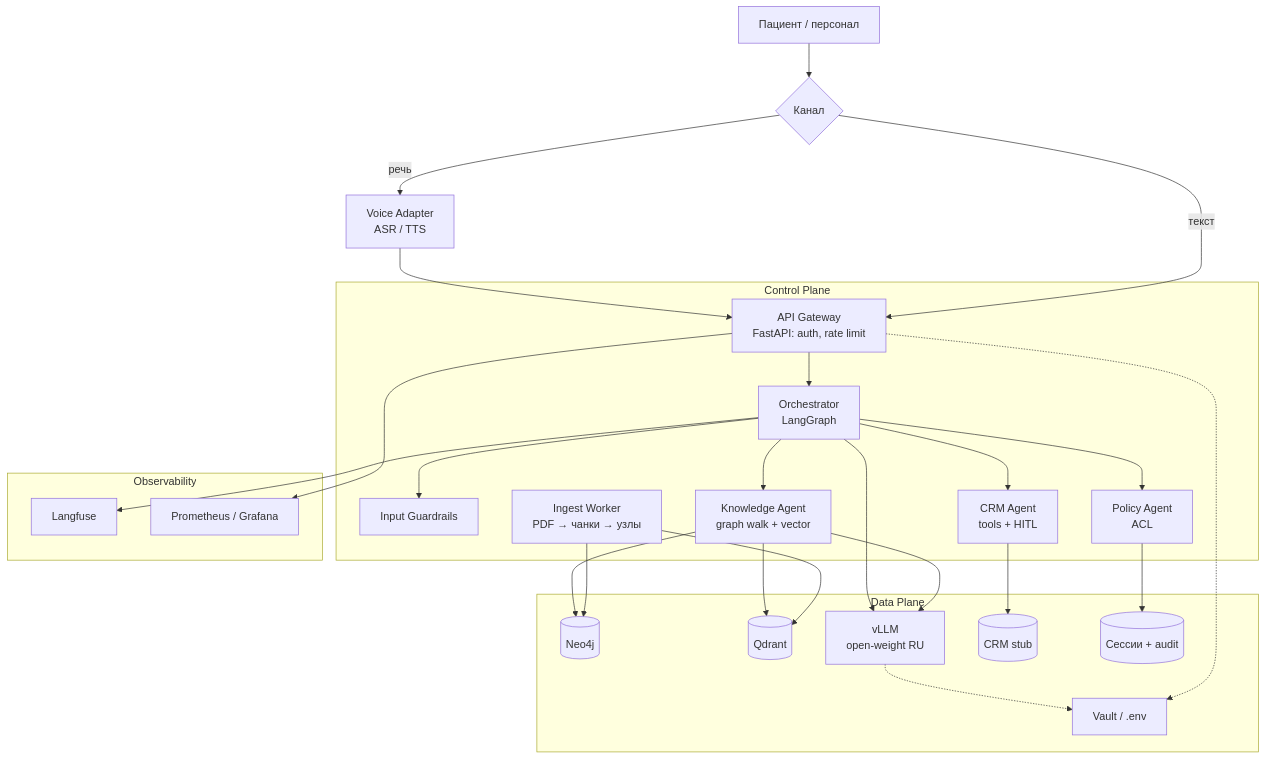
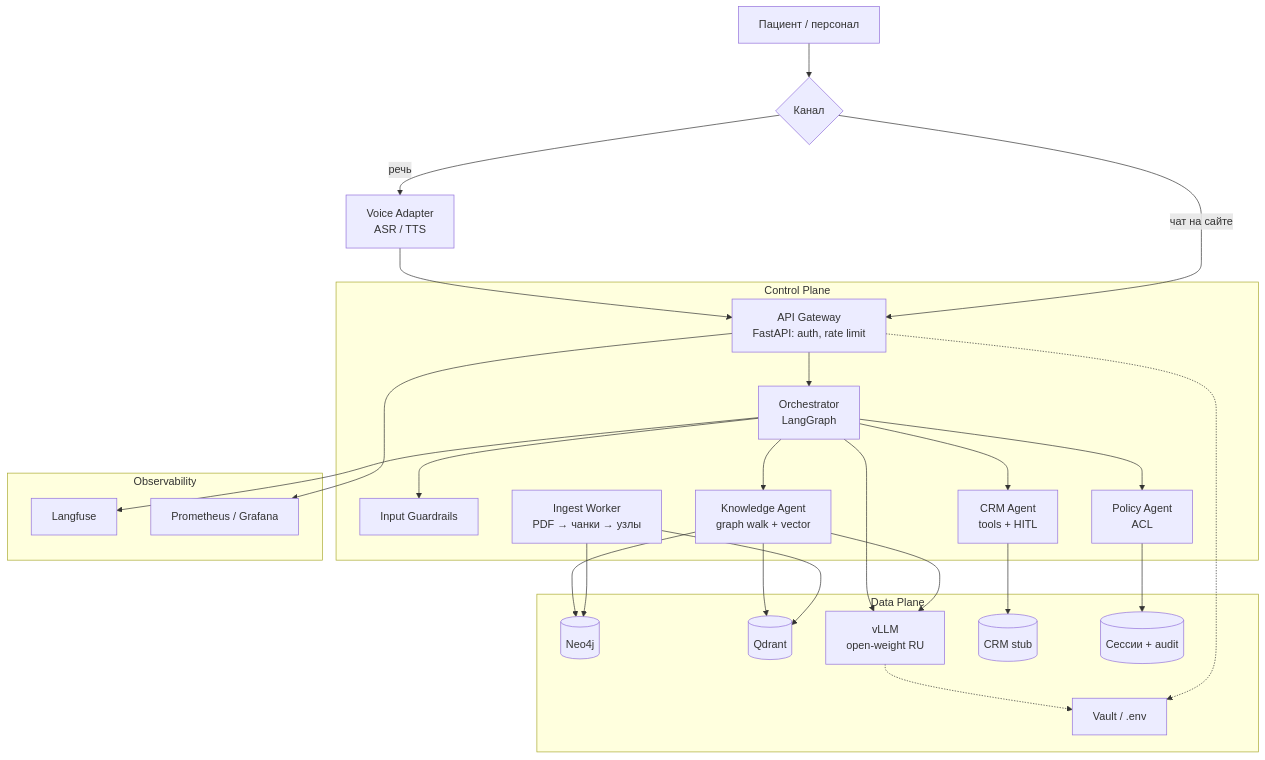
The second of 8 diagrams in final-project/README.md (divisee/otus-ai-architect), drawn with Mermaid before and after one commit. The commit also changed other lines of this file, not shown here.

````diff
--- a/final-project/README.md
+++ b/final-project/README.md
@@ -228,43 +226,43 @@
 ```mermaid
 flowchart TB
     U[Пациент / персонал] --> CH{Канал}
     CH -->|речь| VG[Voice Adapter<br/>ASR / TTS]
-    CH -->|текст| GW[API Gateway<br/>FastAPI: auth, rate limit]
+    CH -->|чат на сайте| GW[API Gateway<br/>FastAPI: auth, rate limit]
     VG --> GW
 
     subgraph CP["Control Plane"]
         GW --> ORCH[Orchestrator<br/>LangGraph]
         ORCH --> IG[Input Guardrails]
         ORCH --> KN[Knowledge Agent<br/>graph walk + vector]
         ORCH --> CRM_A[CRM Agent<br/>tools + HITL]
         ORCH --> POL[Policy Agent<br/>ACL]
         ING[Ingest Worker<br/>PDF → чанки → узлы]
     end
 
     subgraph DP["Data Plane"]
         NEO[(Neo4j)]
         QD[(Qdrant)]
         LLM[vLLM<br/>open-weight RU]
         CRM[(CRM stub)]
         VAULT[Vault / .env]
         SESS[(Сессии + audit)]
     end
 
     subgraph OBS["Observability"]
         LF[Langfuse]
         PR[Prometheus / Grafana]
     end
 
     ING --> NEO
     ING --> QD
     KN --> NEO
     KN --> QD
     KN --> LLM
     CRM_A --> CRM
     POL --> SESS
     ORCH --> LLM
     ORCH --> LF
     GW --> PR
     GW -.-> VAULT
     LLM -.-> VAULT
 ```
````
